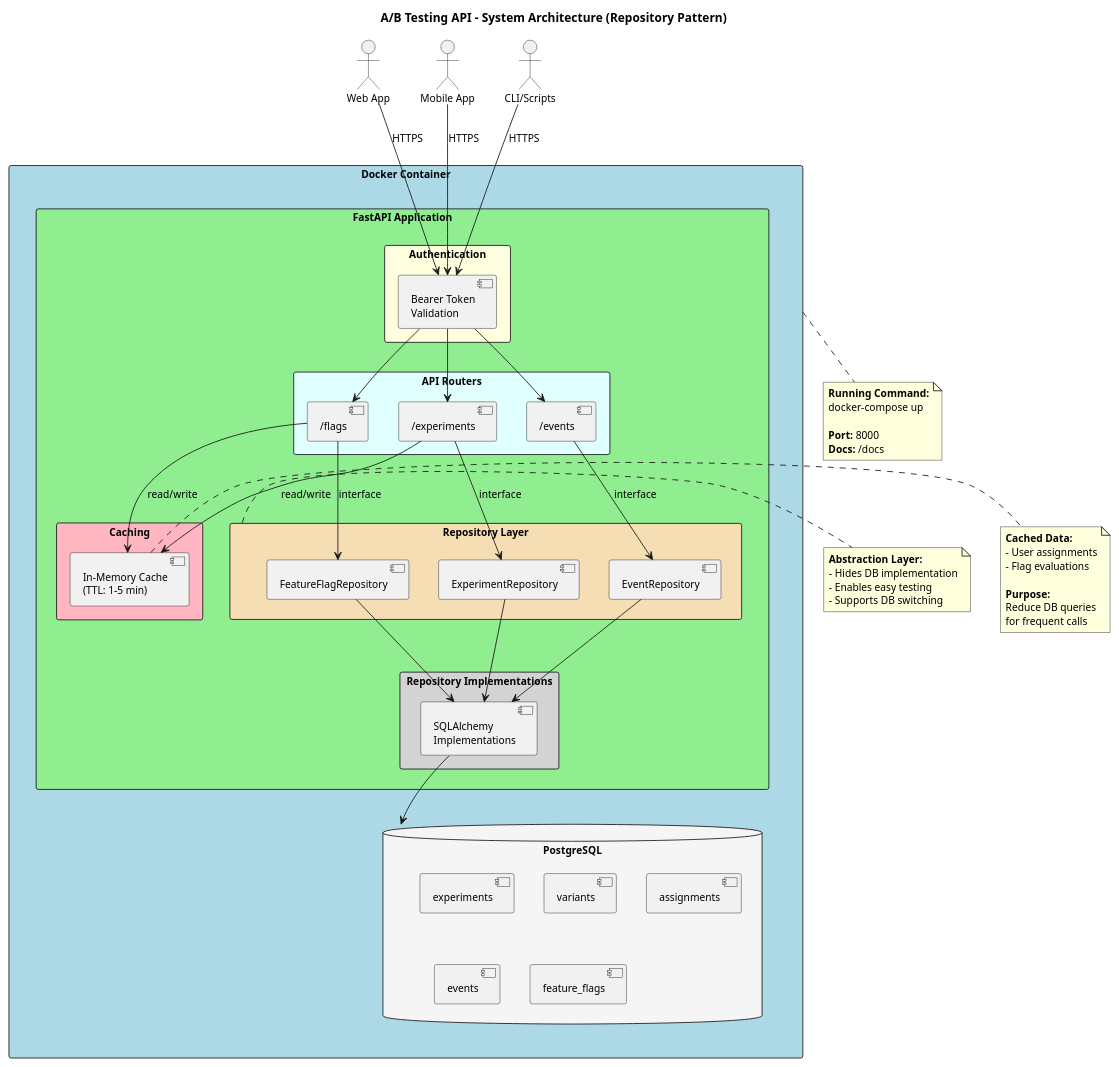
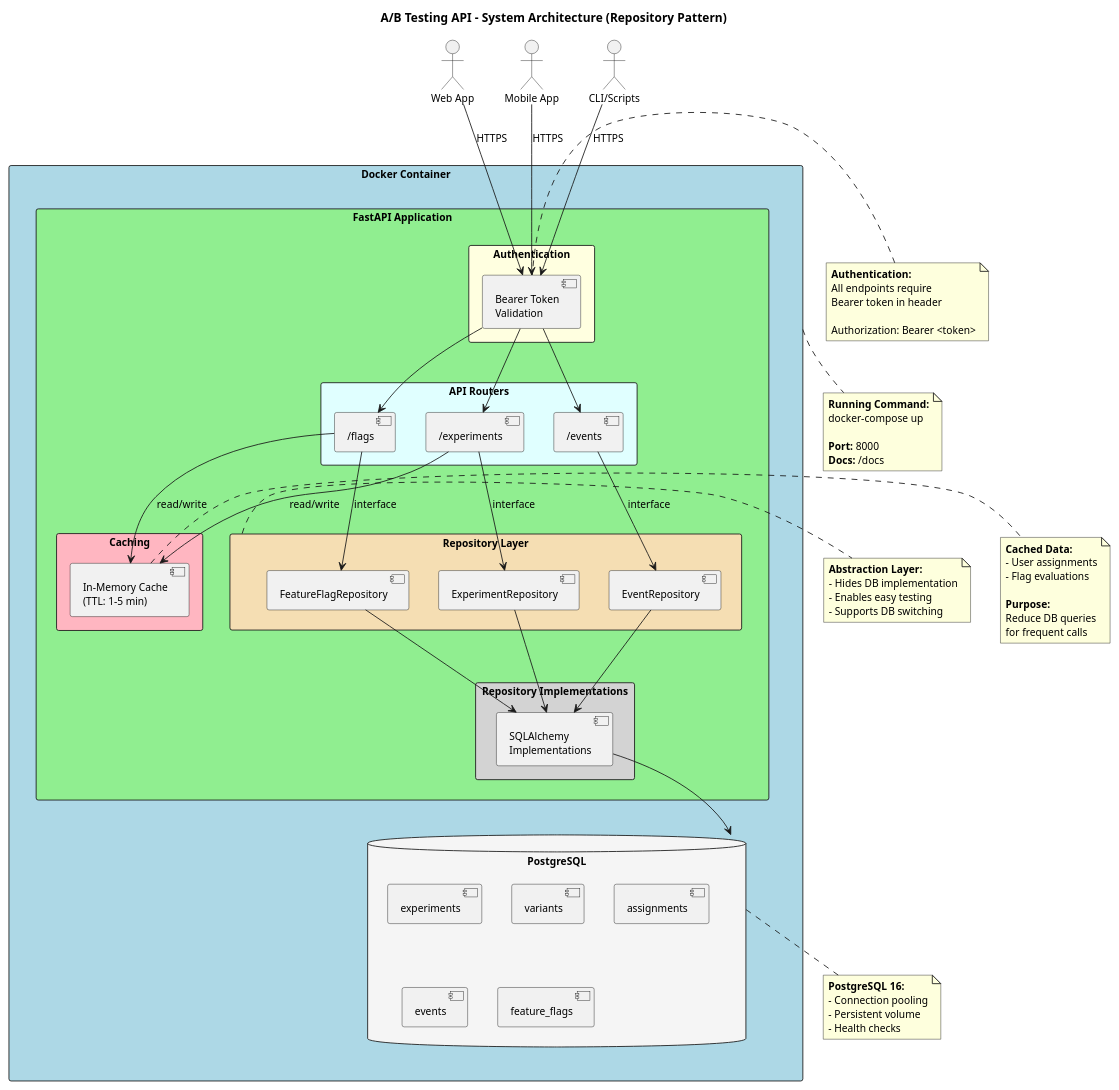
The diagram in docs/diagrams/system-architecture.puml (huangyingw/neonblue_ab_testing_api), drawn with PlantUML before and after one commit. The commit also changed 3 other files, not shown here.

First line of the commit message:
Add visual notes to all PlantUML diagrams

```diff
--- a/docs/diagrams/system-architecture.puml
+++ b/docs/diagrams/system-architecture.puml
@@ -1,114 +1,129 @@
 @startuml System Architecture
 
 ' ============================================================================
 ' System Architecture Diagram
 ' ============================================================================
 ' This diagram shows the high-level architecture of the A/B Testing API.
 '
 ' Key components:
 ' - Clients: Web apps, mobile apps, CLI tools connect via HTTPS
 ' - Authentication: Bearer token validation for all protected endpoints
 ' - API Routers: Handle /experiments, /events, /flags endpoints
 ' - Caching: In-memory cache reduces database load
 ' - Repository Layer: Abstracts database access (Repository Pattern)
 ' - PostgreSQL: Persistent storage for all data
 ' ============================================================================
 
 skinparam backgroundColor white
 skinparam defaultFontSize 12
 
 title A/B Testing API - System Architecture (Repository Pattern)
 
 ' ===== Clients =====
 actor "Web App" as Web
 actor "Mobile App" as Mobile
 actor "CLI/Scripts" as CLI
 
 ' ===== API Layer =====
 rectangle "Docker Container" as Docker #LightBlue {
 
     rectangle "FastAPI Application" as API #LightGreen {
 
         rectangle "Authentication" as AuthLayer #LightYellow {
             [Bearer Token\nValidation] as Auth
         }
 
         rectangle "API Routers" as Endpoints #LightCyan {
             [/experiments] as Exp
             [/events] as Event
             [/flags] as Flags
         }
 
         rectangle "Caching" as CacheLayer #LightPink {
             [In-Memory Cache\n(TTL: 1-5 min)] as Cache
         }
 
         rectangle "Repository Layer" as RepoLayer #Wheat {
             [ExperimentRepository] as ExpRepo
             [EventRepository] as EventRepo
             [FeatureFlagRepository] as FlagRepo
         }
 
         rectangle "Repository Implementations" as RepoImpl #LightGray {
             [SQLAlchemy\nImplementations] as SQLAImpl
         }
     }
 
     database "PostgreSQL" as DB #WhiteSmoke {
         [experiments]
         [variants]
         [assignments]
         [events]
         [feature_flags]
     }
 }
 
 ' ===== Connections =====
 Web --> Auth : HTTPS
 Mobile --> Auth : HTTPS
 CLI --> Auth : HTTPS
 
 Auth --> Exp
 Auth --> Event
 Auth --> Flags
 
 Exp --> Cache : read/write
 Flags --> Cache : read/write
 
 Exp --> ExpRepo : interface
 Event --> EventRepo : interface
 Flags --> FlagRepo : interface
 
 ExpRepo --> SQLAImpl
 EventRepo --> SQLAImpl
 FlagRepo --> SQLAImpl
 
 SQLAImpl --> DB
 
 ' ===== Notes =====
 note bottom of Docker
   **Running Command:**
   docker-compose up
 
   **Port:** 8000
   **Docs:** /docs
 end note
 
 note right of RepoLayer
   **Abstraction Layer:**
   - Hides DB implementation
   - Enables easy testing
   - Supports DB switching
 end note
 
 note right of Cache
   **Cached Data:**
   - User assignments
   - Flag evaluations
 
   **Purpose:**
   Reduce DB queries
   for frequent calls
 end note
 
+note left of Auth
+  **Authentication:**
+  All endpoints require
+  Bearer token in header
+
+  Authorization: Bearer <token>
+end note
+
+note bottom of DB
+  **PostgreSQL 16:**
+  - Connection pooling
+  - Persistent volume
+  - Health checks
+end note
+
 @enduml
```
